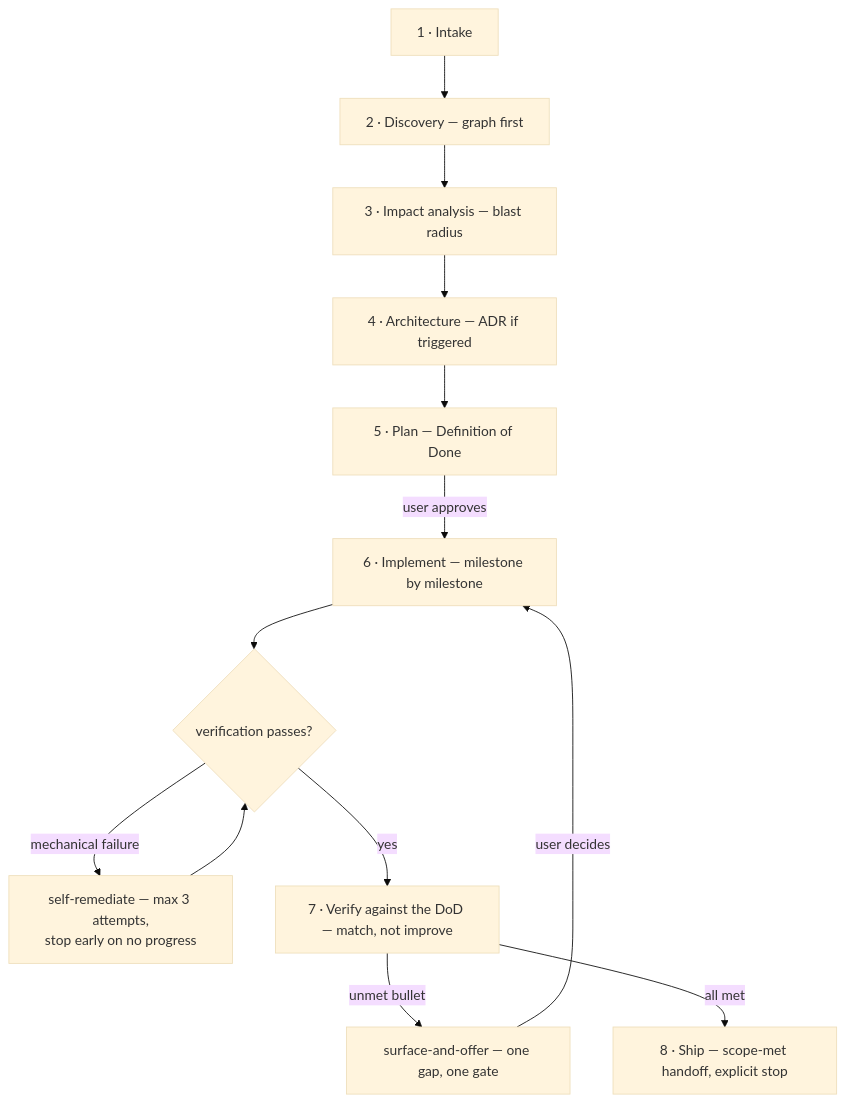
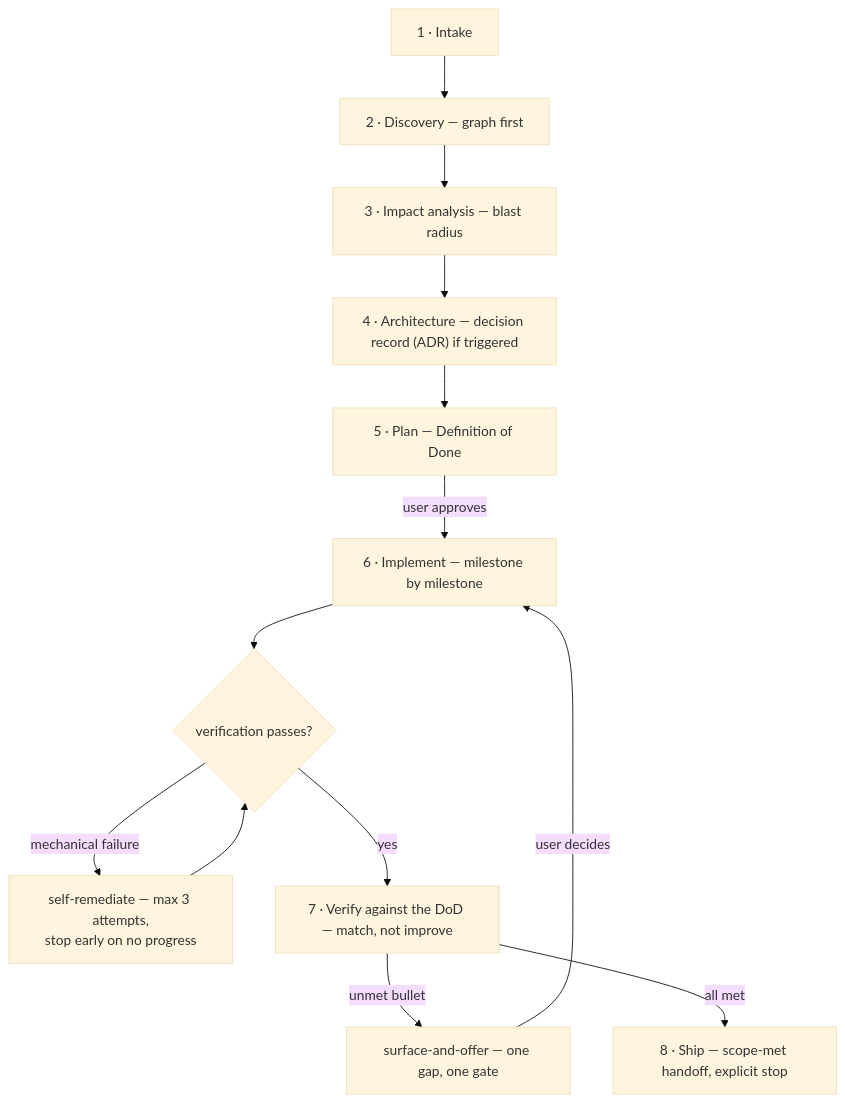
The first of 5 diagrams in docs/whitepaper/WHITEPAPER.md (RobertIlisei/MARVIN), drawn with Mermaid (base theme) before and after one commit. The commit also changed other lines of this file and 4 other files, not shown here.

````diff
--- a/docs/whitepaper/WHITEPAPER.md
+++ b/docs/whitepaper/WHITEPAPER.md
@@ -93,15 +95,15 @@
 ```mermaid
 flowchart TD
   A["1 · Intake"] --> B["2 · Discovery — graph first"]
   B --> C["3 · Impact analysis — blast radius"]
-  C --> D["4 · Architecture — ADR if triggered"]
+  C --> D["4 · Architecture — decision record (ADR) if triggered"]
   D --> E["5 · Plan — Definition of Done"]
   E -->|"user approves"| F["6 · Implement — milestone by milestone"]
   F --> V{"verification passes?"}
   V -->|"mechanical failure"| R["self-remediate — max 3 attempts,<br/>stop early on no progress"]
   R --> V
   V -->|"yes"| G["7 · Verify against the DoD — match, not improve"]
   G -->|"unmet bullet"| S["surface-and-offer — one gap, one gate"]
   S -->|"user decides"| F
   G -->|"all met"| H["8 · Ship — scope-met handoff, explicit stop"]
 ```
````
